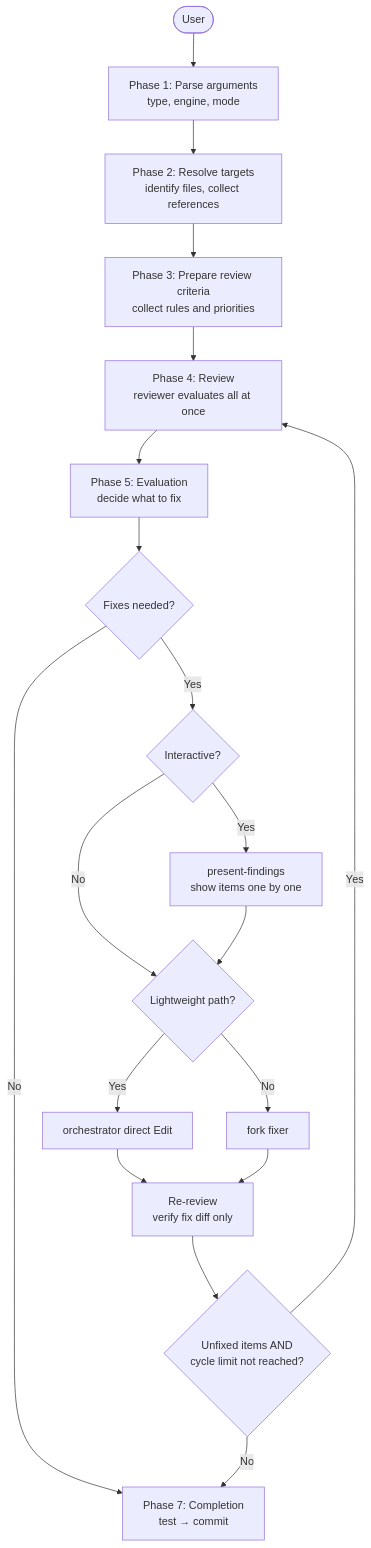
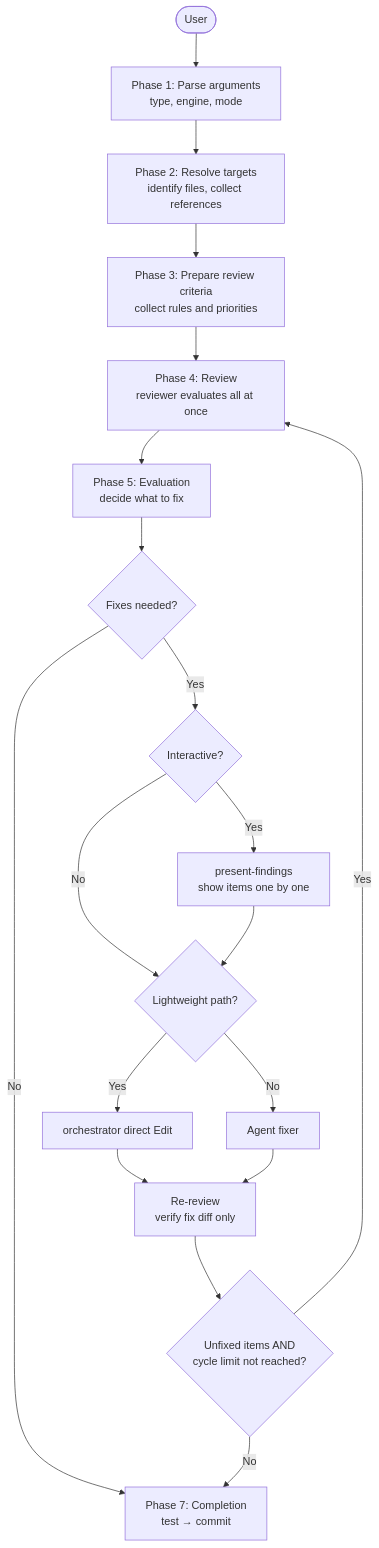
Before and after one commit to BlueEventHorizon/bw-cc-plugins: the diagram in docs/readme/forge/guide_review.md, drawn with Mermaid. The commit also changed other lines of this file and 8 other files, not shown here.

````diff
--- a/docs/readme/forge/guide_review.md
+++ b/docs/readme/forge/guide_review.md
@@ -43,39 +43,39 @@
 ```mermaid
 flowchart TD
     START([User]) --> P1
 
     P1["Phase 1: Parse arguments<br/>type, engine, mode"] --> P2
 
     P2["Phase 2: Resolve targets<br/>identify files, collect references"] --> P3
 
     P3["Phase 3: Prepare review criteria<br/>collect rules and priorities"] --> P4
 
     P4["Phase 4: Review<br/>reviewer evaluates all at once"] --> P5
 
     P5["Phase 5: Evaluation<br/>decide what to fix"] --> CHECK
 
     CHECK{Fixes needed?}
     CHECK -->|No| P7
     CHECK -->|Yes| MODE
 
     MODE{Interactive?}
     MODE -->|Yes| PRESENT
     MODE -->|No| FIXPATH
 
     PRESENT["present-findings<br/>show items one by one"] --> FIXPATH
 
     FIXPATH{"Lightweight path?"}
     FIXPATH -->|Yes| INLINE["orchestrator direct Edit"]
-    FIXPATH -->|No| FIXER["fork fixer"]
+    FIXPATH -->|No| FIXER["Agent fixer"]
 
     INLINE --> REREV
     FIXER --> REREV
 
     REREV["Re-review<br/>verify fix diff only"] --> CYCLE
 
     CYCLE{Unfixed items AND<br/>cycle limit not reached?}
     CYCLE -->|Yes| P4
     CYCLE -->|No| P7
 
     P7["Phase 7: Completion<br/>test → commit"]
 ```
````
